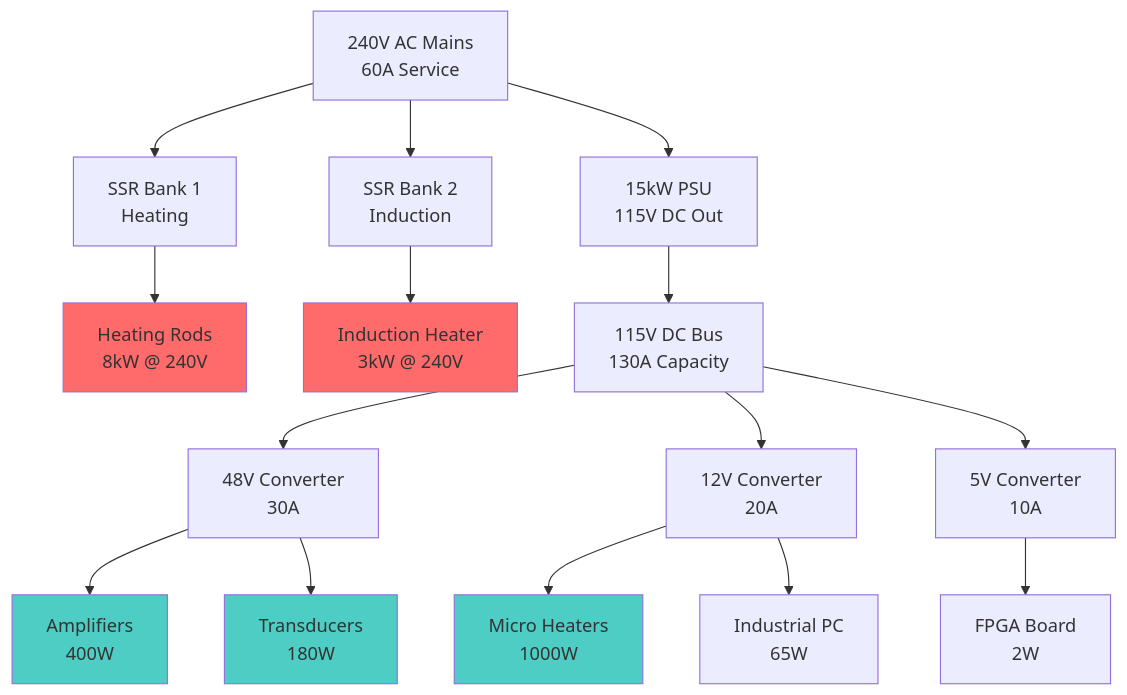
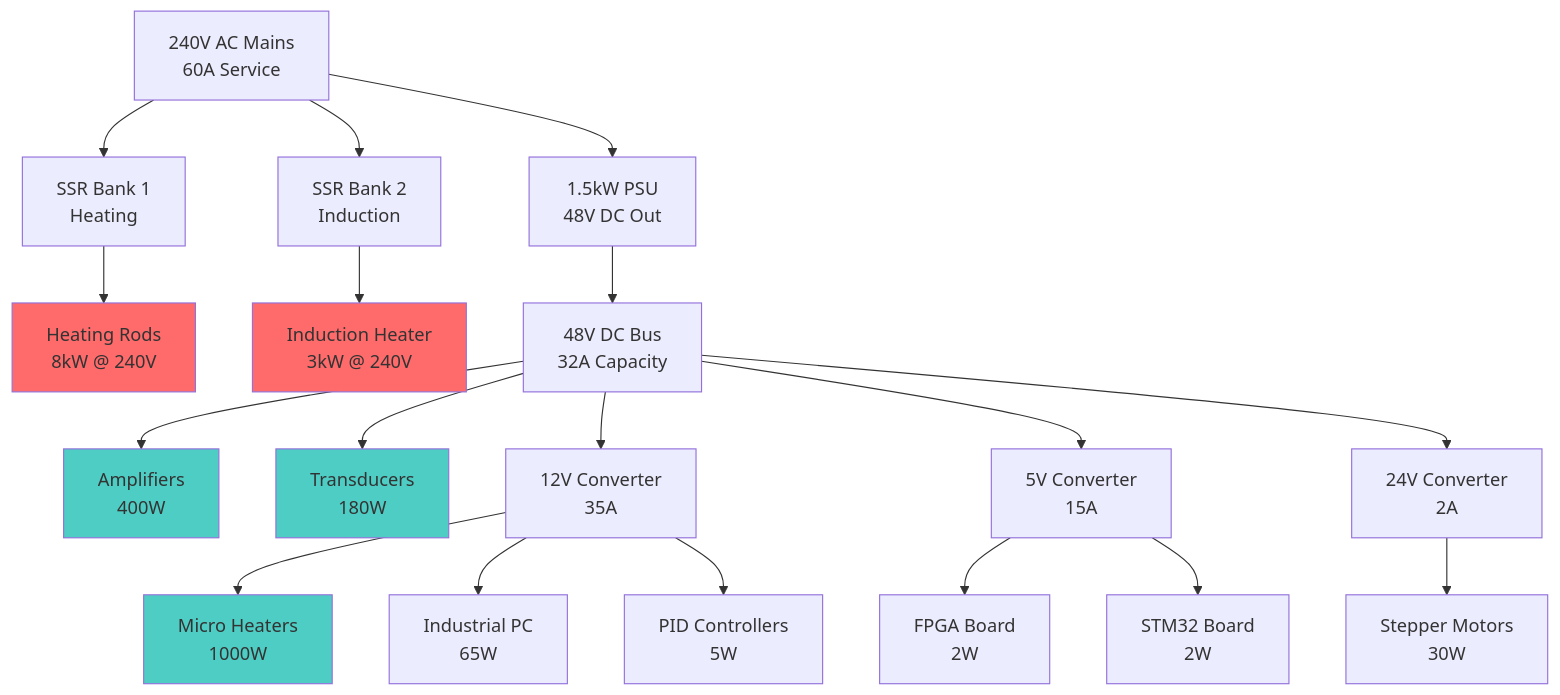
The second of 2 diagrams in docs/analysis/power.md (jnarwell/drip), drawn with Mermaid before and after one commit. The commit also changed other lines of this file and 3 other files, not shown here.

First line of the commit message:
fix: Correct PSU capacity from 15kW to 1.5kW in power calculations

````diff
--- a/docs/analysis/power.md
+++ b/docs/analysis/power.md
@@ -63,26 +73,29 @@
 ```mermaid
 graph TD
     MAINS[240V AC Mains<br/>60A Service] --> SSR1[SSR Bank 1<br/>Heating]
     MAINS --> SSR2[SSR Bank 2<br/>Induction]
-    MAINS --> PSU[15kW PSU<br/>115V DC Out]
+    MAINS --> PSU[1.5kW PSU<br/>48V DC Out]
     
     SSR1 --> HEAT[Heating Rods<br/>8kW @ 240V]
     SSR2 --> IND[Induction Heater<br/>3kW @ 240V]
     
-    PSU --> BUS115[115V DC Bus<br/>130A Capacity]
-    BUS115 --> CONV48[48V Converter<br/>30A]
-    BUS115 --> CONV12[12V Converter<br/>20A]
-    BUS115 --> CONV5[5V Converter<br/>10A]
+    PSU --> BUS48[48V DC Bus<br/>32A Capacity]
+    BUS48 --> AMP[Amplifiers<br/>400W]
+    BUS48 --> TRANS[Transducers<br/>180W]
+    BUS48 --> CONV12[12V Converter<br/>35A]
+    BUS48 --> CONV5[5V Converter<br/>15A]
+    BUS48 --> CONV24[24V Converter<br/>2A]
     
-    CONV48 --> AMP[Amplifiers<br/>400W]
-    CONV48 --> TRANS[Transducers<br/>180W]
     CONV12 --> MHEAT[Micro Heaters<br/>1000W]
     CONV12 --> PC[Industrial PC<br/>65W]
+    CONV12 --> PID[PID Controllers<br/>5W]
     CONV5 --> FPGA[FPGA Board<br/>2W]
+    CONV5 --> STM32[STM32 Board<br/>2W]
+    CONV24 --> STEPPER[Stepper Motors<br/>30W]
     
     style HEAT fill:#ff6b6b
     style IND fill:#ff6b6b
     style MHEAT fill:#4ecdc4
     style AMP fill:#4ecdc4
     style TRANS fill:#4ecdc4
 ```
````
